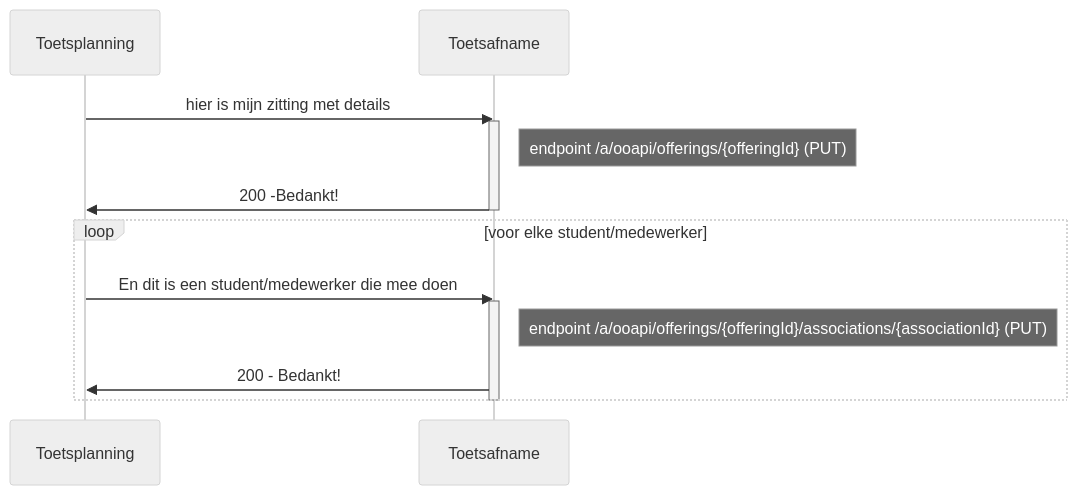
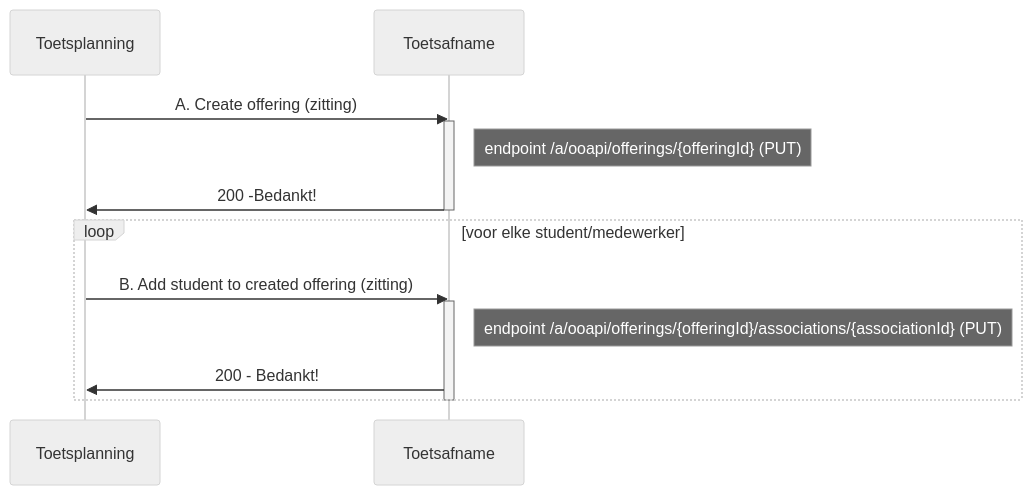
The third of 8 diagrams in doc/flow2.md (NetwerkExamineringDigitalisering/NED-OOAPI), drawn with Mermaid (neutral theme) before and after one commit. The commit also changed other lines of this file, not shown here.

First line of the commit message:
Update flow2.md

````diff
--- a/doc/flow2.md
+++ b/doc/flow2.md
@@ -113,15 +113,15 @@
 ```mermaid
 sequenceDiagram
-    Toetsplanning->>Toetsafname: hier is mijn zitting met details
+    Toetsplanning->>Toetsafname: A. Create offering (zitting)
     activate Toetsafname
     Note right of Toetsafname: endpoint /a/ooapi/offerings/{offeringId} (PUT)
     Toetsafname->>Toetsplanning: 200 -Bedankt!
     deactivate Toetsafname
     loop voor elke student/medewerker
-        Toetsplanning->>Toetsafname: En dit is een student/medewerker die mee doen
+        Toetsplanning->>Toetsafname: B. Add student to created offering (zitting)
         activate Toetsafname
         Note right of Toetsafname: endpoint /a/ooapi/offerings/{offeringId}/associations/{associationId} (PUT)
         Toetsafname->>Toetsplanning: 200 - Bedankt!
     end
     deactivate Toetsafname
 ```
````
